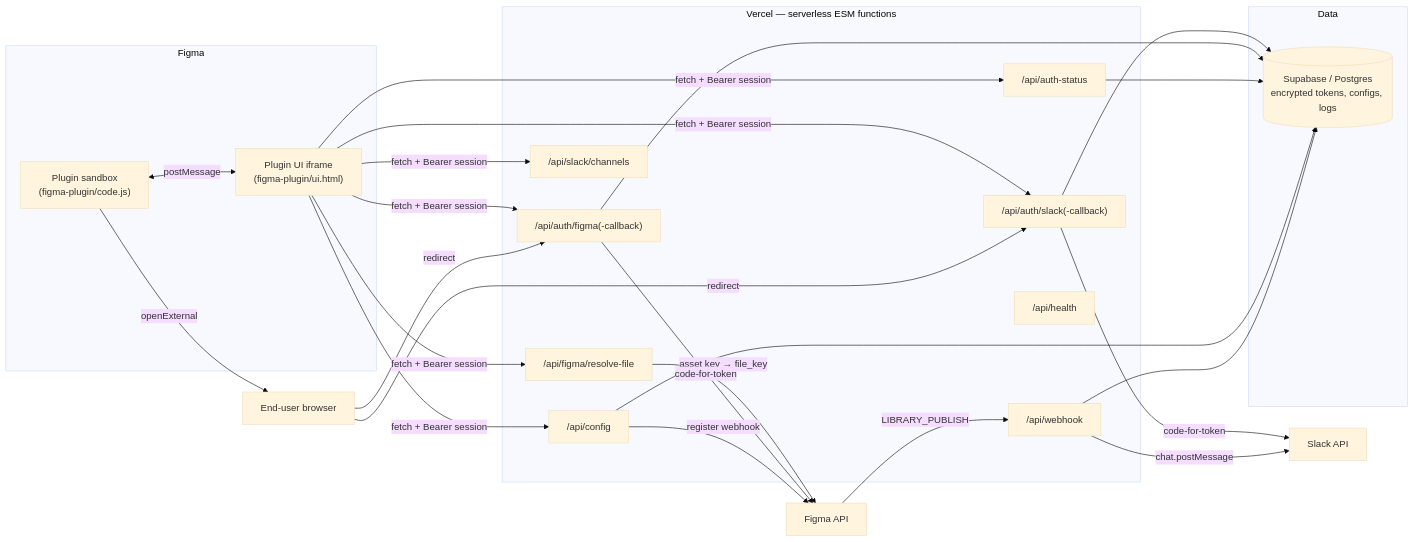
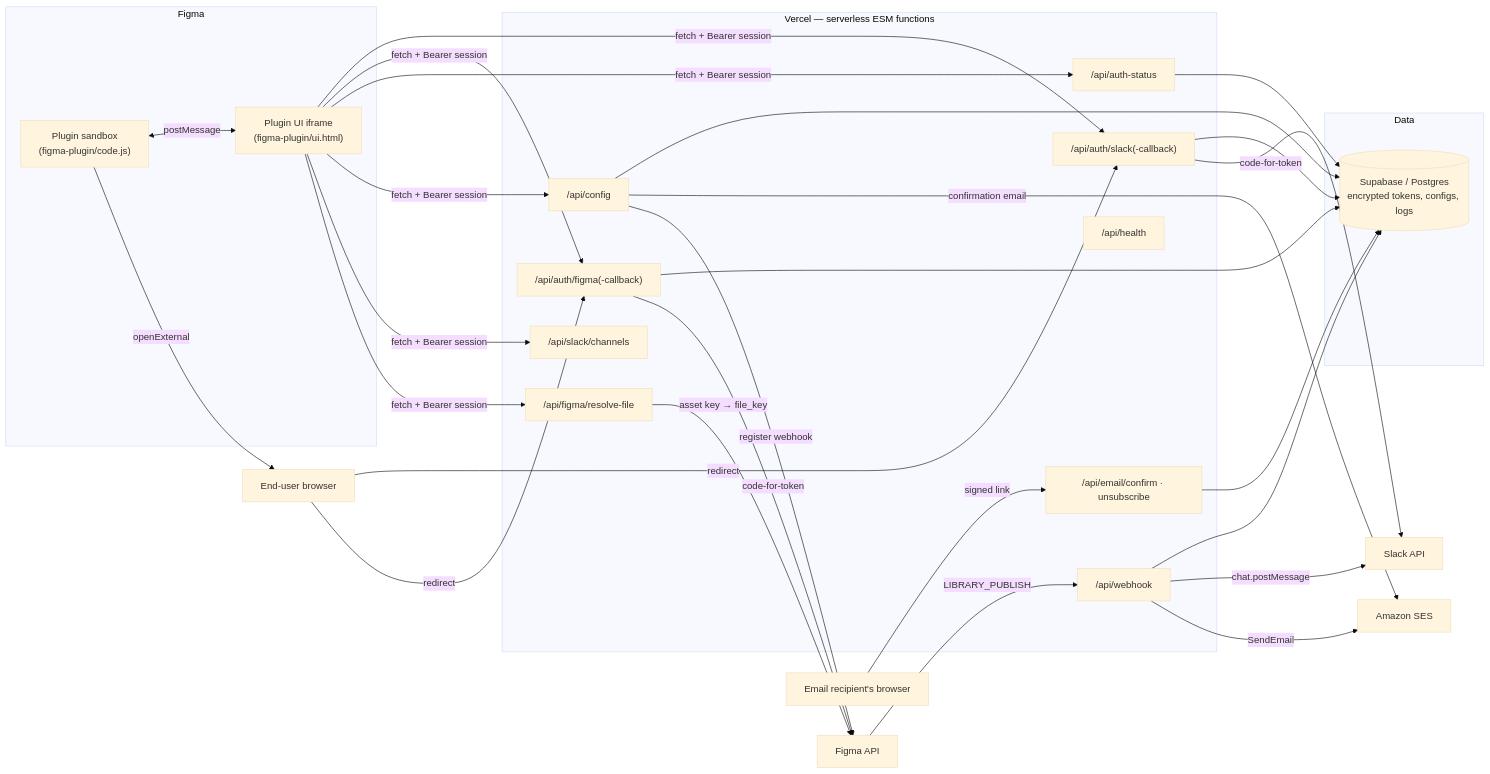
The diagram in ARCHITECTURE.md (gragtajar/library-pulse), drawn with Mermaid (base theme) before and after one commit. The commit also changed other lines of this file and 4 other files, not shown here.

First line of the commit message:
docs: email destination — setup, consent model, architecture

````diff
--- a/ARCHITECTURE.md
+++ b/ARCHITECTURE.md
@@ -13,39 +13,45 @@
 ```mermaid
 flowchart LR
     subgraph Figma
         Plugin["Plugin sandbox<br/>(figma-plugin/code.js)"]
         UI["Plugin UI iframe<br/>(figma-plugin/ui.html)"]
         Plugin <--postMessage--> UI
     end
 
     subgraph Vercel["Vercel — serverless ESM functions"]
         AuthSlack["/api/auth/slack(-callback)"]
         AuthFigma["/api/auth/figma(-callback)"]
         Status["/api/auth-status"]
         Config["/api/config"]
         SlackChannels["/api/slack/channels"]
+        EmailLinks["/api/email/confirm · unsubscribe"]
         ResolveFile["/api/figma/resolve-file"]
         Webhook["/api/webhook"]
         Health["/api/health"]
     end
 
     subgraph Data
         SB[(Supabase / Postgres<br/>encrypted tokens, configs, logs)]
     end
 
     Browser["End-user browser"]
     SlackAPI["Slack API"]
+    SES["Amazon SES"]
+    Recipient["Email recipient's browser"]
     FigmaAPI["Figma API"]
 
     UI -- fetch + Bearer session --> AuthSlack & AuthFigma & Status & Config & SlackChannels & ResolveFile
     ResolveFile -- asset key → file_key --> FigmaAPI
     Plugin -- openExternal --> Browser
     Browser -- redirect --> AuthSlack
     Browser -- redirect --> AuthFigma
-    AuthSlack & AuthFigma & Status & Config & Webhook --> SB
+    AuthSlack & AuthFigma & Status & Config & Webhook & EmailLinks --> SB
+    Recipient -- signed link --> EmailLinks
+    Config -- confirmation email --> SES
     AuthSlack -- code-for-token --> SlackAPI
     AuthFigma -- code-for-token --> FigmaAPI
     Config -- register webhook --> FigmaAPI
     FigmaAPI -- LIBRARY_PUBLISH --> Webhook
     Webhook -- chat.postMessage --> SlackAPI
+    Webhook -- SendEmail --> SES
 ```
````
